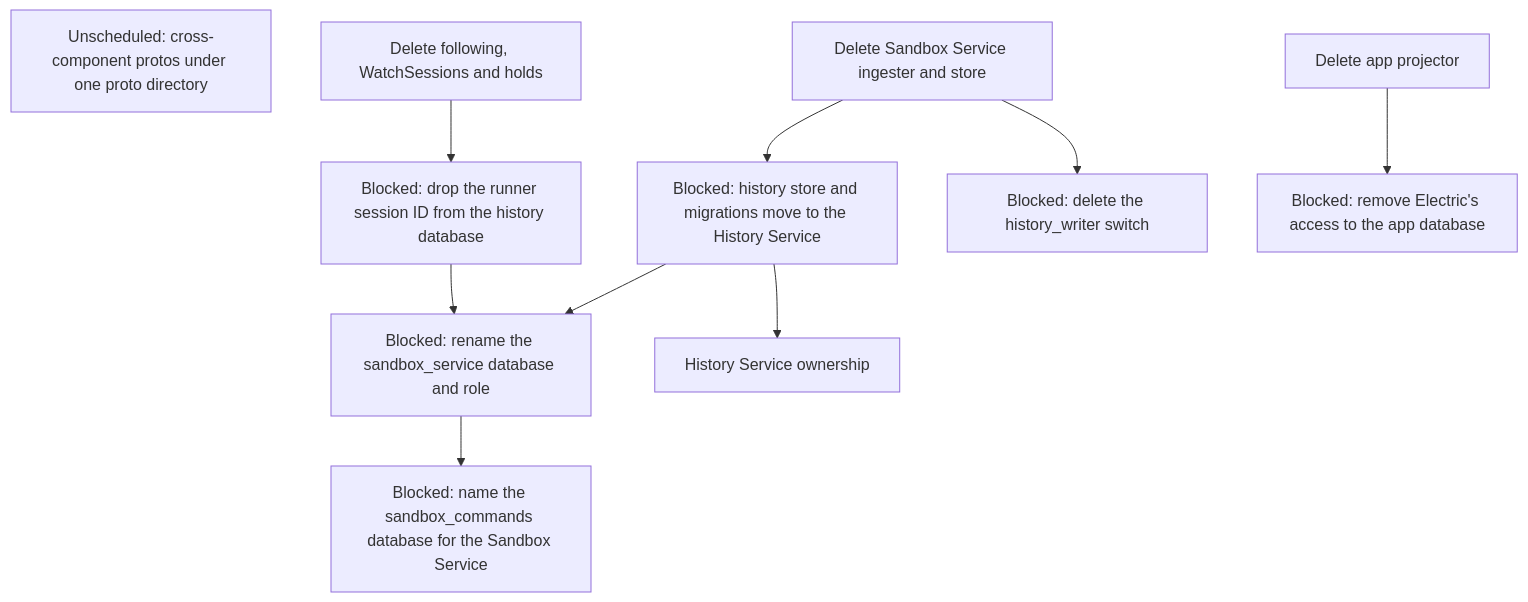
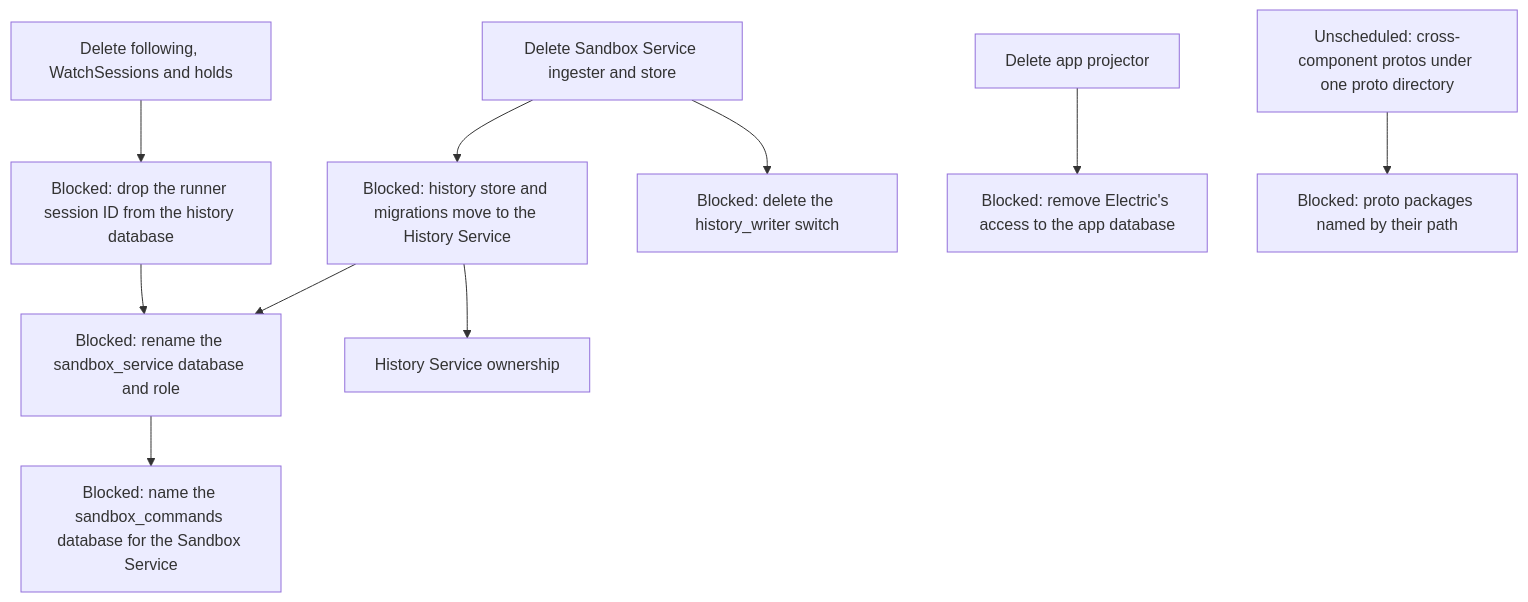
Before and after one commit to agentydragon/ducktape: the tenth of 12 diagrams in agentplane/plans/task_dag.md, drawn with Mermaid. The commit also changed other lines of this file and 2 other files, not shown here.

First line of the commit message:
agentplane: name the runner ingress proto package by its path, plan path-named packages before rollout

````diff
--- a/agentplane/plans/task_dag.md
+++ b/agentplane/plans/task_dag.md
@@ -775,21 +776,23 @@
 ```mermaid
 flowchart TD
     HISTORY_RUNNER_SESSION_ID_DROP[Blocked: drop the runner session ID from the history database]
     HISTORY_STORE_MOVE[Blocked: history store and migrations move to the History Service]
     HISTORY_WRITER_SWITCH_RETIRE[Blocked: delete the history_writer switch]
     HISTORY_DATABASE_RENAME[Blocked: rename the sandbox_service database and role]
     SANDBOX_DATABASE_RENAME[Blocked: name the sandbox_commands database for the Sandbox Service]
     APP_ELECTRIC_RETIRE[Blocked: remove Electric's access to the app database]
     PROTO_DIRECTORY[Unscheduled: cross-component protos under one proto directory]
+    PROTO_PACKAGE_NAMES[Blocked: proto packages named by their path]
+    PROTO_DIRECTORY --> PROTO_PACKAGE_NAMES
     SANDBOX_LOCAL_HISTORY_RETIRE[Delete Sandbox Service ingester and store]
     APP_PROJECTOR_RETIRE[Delete app projector]
     HISTORY_SERVICE_OWNERSHIP[History Service ownership]
     SANDBOX_LOCAL_HISTORY_RETIRE --> HISTORY_STORE_MOVE
     SANDBOX_LOCAL_HISTORY_RETIRE --> HISTORY_WRITER_SWITCH_RETIRE
     HISTORY_STORE_MOVE --> HISTORY_SERVICE_OWNERSHIP
     HISTORY_STORE_MOVE --> HISTORY_DATABASE_RENAME
     FOLLOW_PATH_RETIRE[Delete following, WatchSessions and holds] --> HISTORY_RUNNER_SESSION_ID_DROP
     HISTORY_RUNNER_SESSION_ID_DROP --> HISTORY_DATABASE_RENAME
     HISTORY_DATABASE_RENAME --> SANDBOX_DATABASE_RENAME
     APP_PROJECTOR_RETIRE --> APP_ELECTRIC_RETIRE
 ```
````
